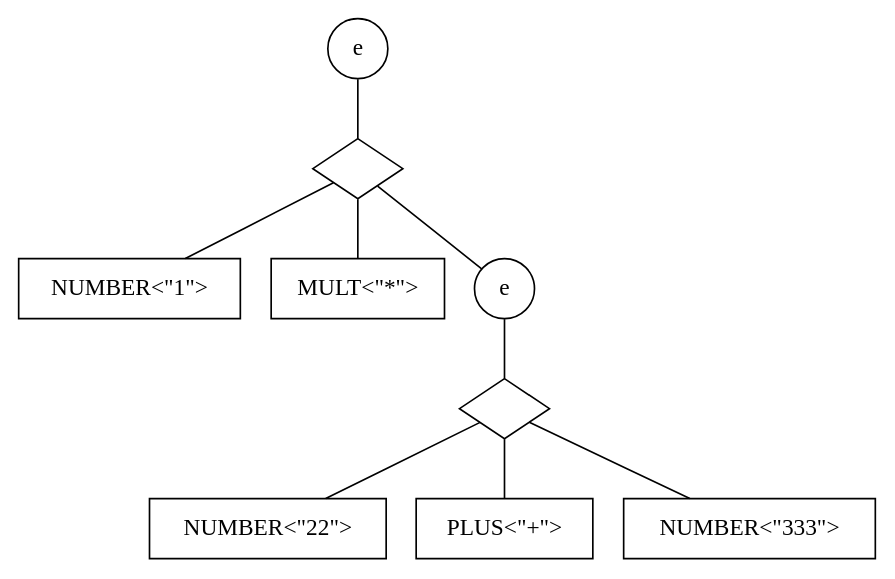
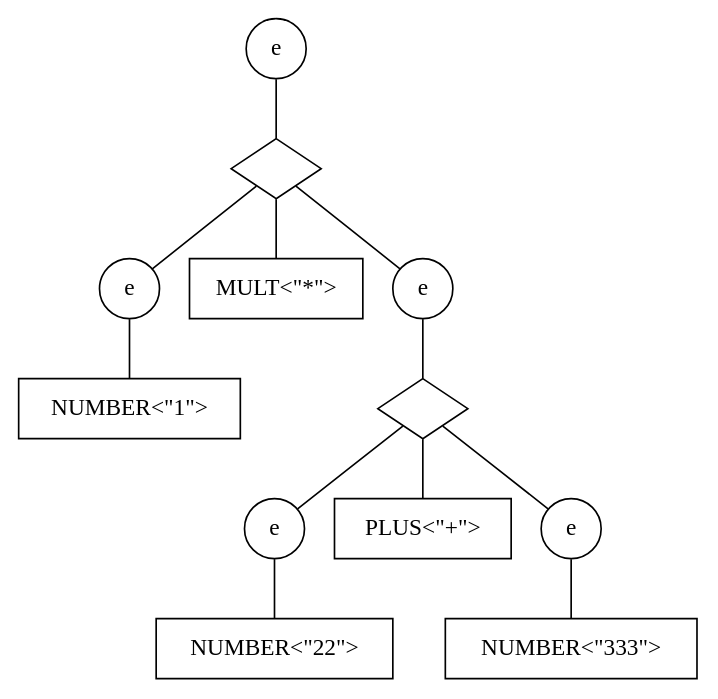
One commit to fredfeng/CS160 changed the diagram in assignments/hw3/images/parse_tree.dot. Above: the diagram before and after it, drawn with Graphviz. The commit also changed 1 other file, not shown here.

```diff
--- a/assignments/hw3/images/parse_tree.dot
+++ b/assignments/hw3/images/parse_tree.dot
@@ -1,19 +1,25 @@
 graph G {
 n0 [label="e", shape=circle];
 n1 [label="", shape=diamond];
+n12 [label="e", shape=circle];
 n2 [label="NUMBER<\"1\">", shape=box];
 n3 [label="MULT<\"*\">", shape=box];
 n4 [label="e", shape=circle];
 n5 [label="", shape=diamond];
+n16 [label="e", shape=circle];
 n6 [label="NUMBER<\"22\">", shape=box];
 n7 [label="PLUS<\"+\">", shape=box];
+n18 [label="e", shape=circle];
 n8 [label="NUMBER<\"333\">", shape=box]
 n0 -- n1;
-n1 -- n2;
+n1 -- n12;
+n12 -- n2;
 n1 -- n3;
 n1 -- n4;
 n4 -- n5;
-n5 -- n6;
+n5 -- n16;
+n16 -- n6;
 n5 -- n7;
-n5 -- n8;
+n5 -- n18;
+n18 -- n8;
 }
```
